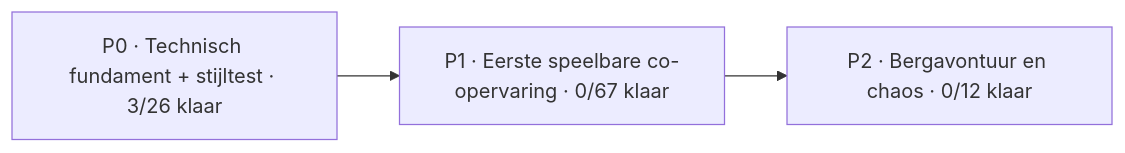
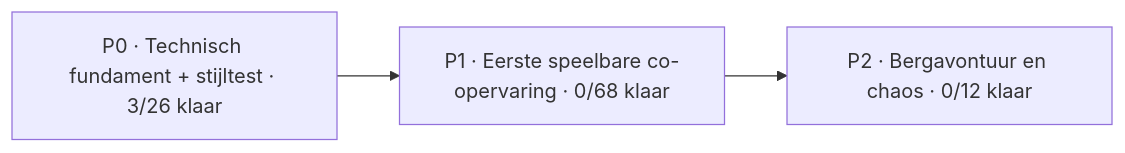
Before and after one commit to mlemson/conductor-chaos: the diagram in Docs/PROJECT_BOARD.md, drawn with Mermaid. The commit also changed other lines of this file, not shown here.

````diff
--- a/Docs/PROJECT_BOARD.md
+++ b/Docs/PROJECT_BOARD.md
@@ -13,7 +13,7 @@
 ```mermaid
 flowchart LR
     P0["P0 · Technisch fundament + stijltest · 3/26 klaar"]
-    P1["P1 · Eerste speelbare co-opervaring · 0/67 klaar"]
+    P1["P1 · Eerste speelbare co-opervaring · 0/68 klaar"]
     P2["P2 · Bergavontuur en chaos · 0/12 klaar"]
     P0 --> P1 --> P2
 ```
````
